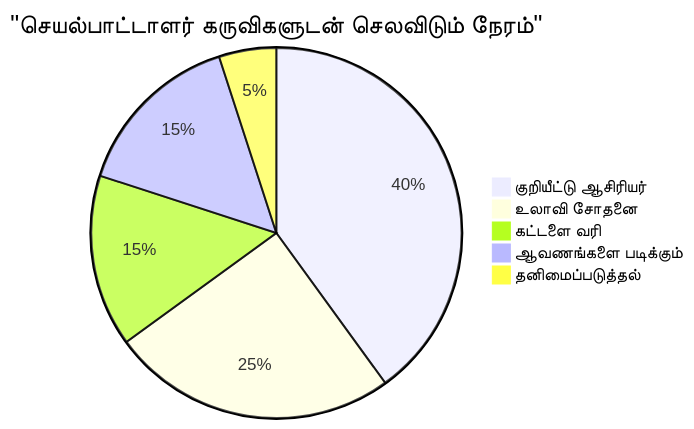
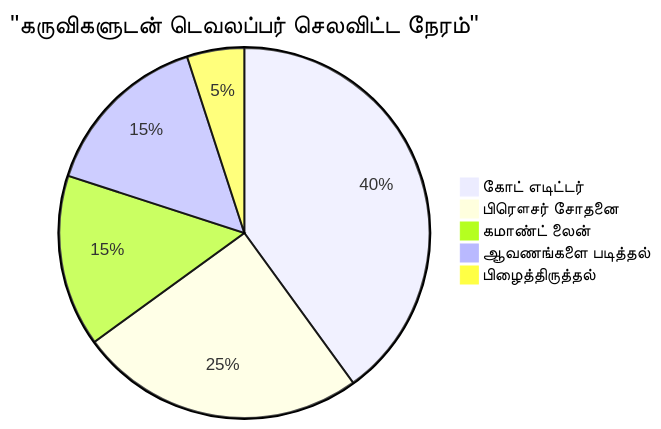
Before and after one commit to microsoft/Web-Dev-For-Beginners: the sixth of 7 diagrams in translations/ta/1-getting-started-lessons/1-intro-to-programming-languages/README.md, drawn with Mermaid. The commit also changed other lines of this file and 11 other files, not shown here.

````diff
--- a/translations/ta/1-getting-started-lessons/1-intro-to-programming-languages/README.md
+++ b/translations/ta/1-getting-started-lessons/1-intro-to-programming-languages/README.md
@@ -711,8 +706,8 @@
 ```mermaid
-pie title "செயல்பாட்டாளர் கருவிகளுடன் செலவிடும் நேரம்"
-    "குறியீட்டு ஆசிரியர்" : 40
-    "உலாவி சோதனை" : 25
-    "கட்டளை வரி" : 15
-    "ஆவணங்களை படிக்கும்" : 15
-    "தனிமைப்படுத்தல்" : 5
+pie title "கருவிகளுடன் டெவலப்பர் செலவிட்ட நேரம்"
+    "கோட் எடிட்டர்" : 40
+    "பிரௌசர் சோதனை" : 25
+    "கமாண்ட் லைன்" : 15
+    "ஆவணங்களை படித்தல்" : 15
+    "பிழைத்திருத்தல்" : 5
 ```
````
